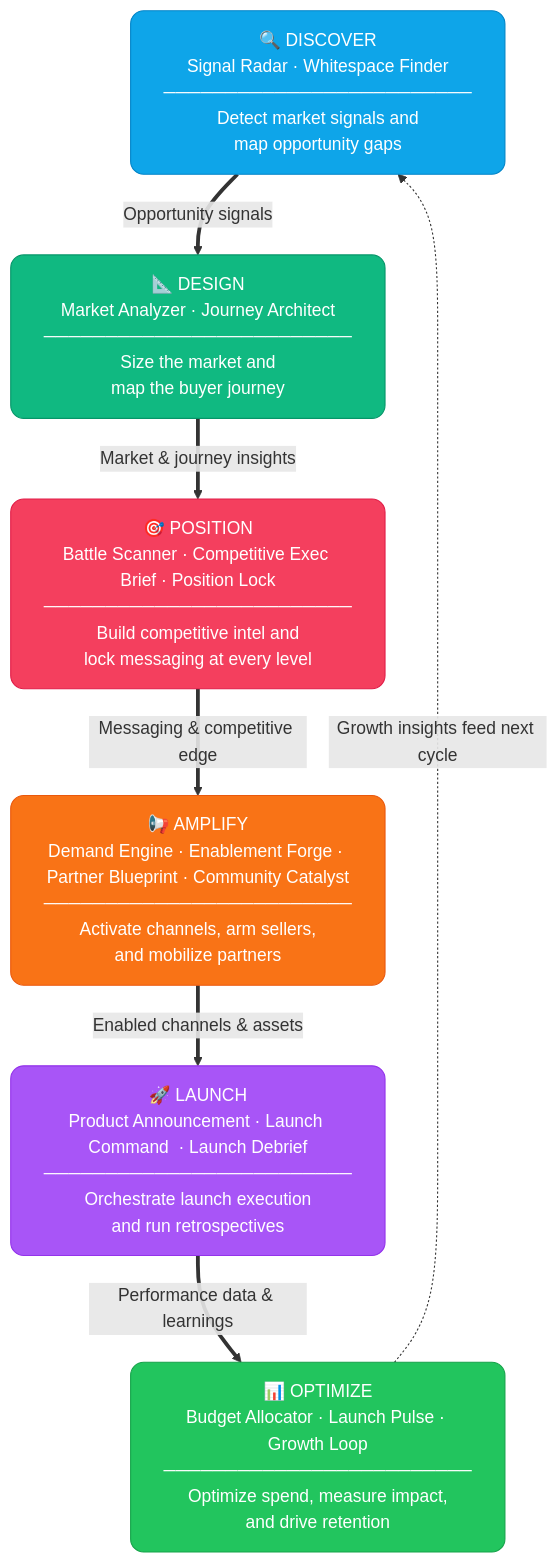
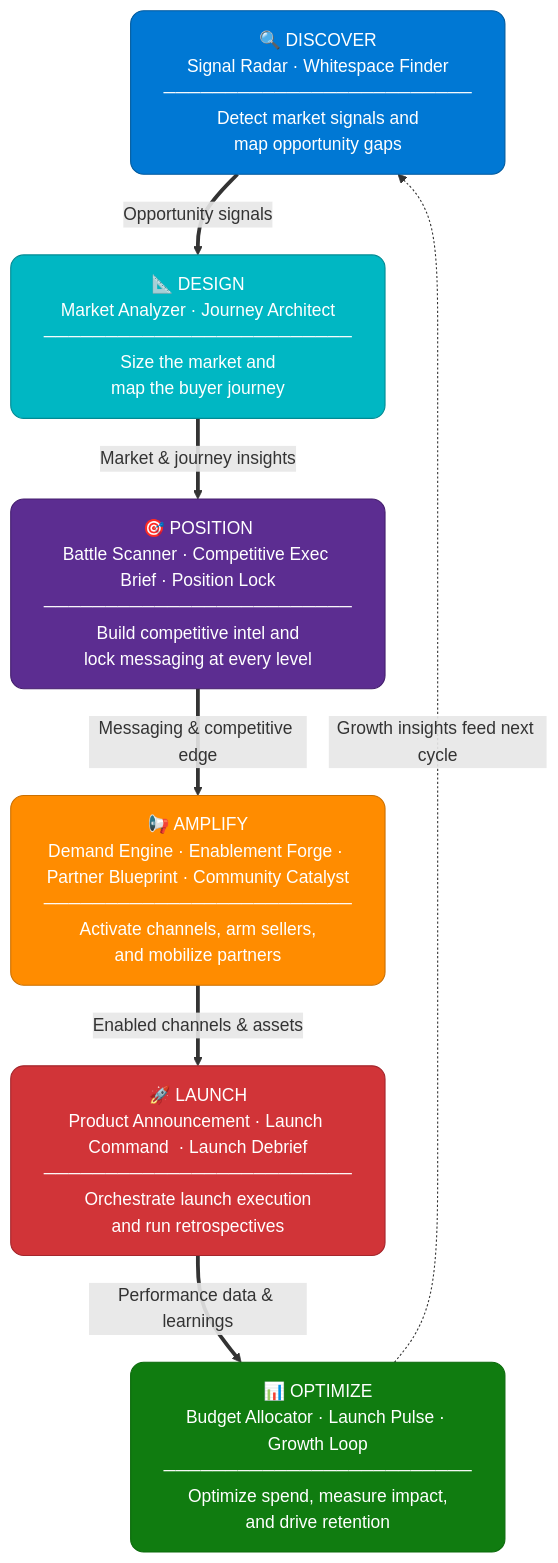
One commit to varunk130/ai-gtm-skill-library changed the first of 2 diagrams in README.md. Above: the diagram before and after it, drawn with Mermaid. The commit also changed other lines of this file, not shown here.

````diff
--- a/README.md
+++ b/README.md
@@ -95,28 +95,28 @@
 ```mermaid
 flowchart TD
     DISCOVER["🔍 DISCOVER\nSignal Radar · Whitespace Finder\n─────────────────────────\nDetect market signals and\nmap opportunity gaps"]
 
     DESIGN["📐 DESIGN\nMarket Analyzer · Journey Architect\n─────────────────────────\nSize the market and\nmap the buyer journey"]
 
     POSITION["🎯 POSITION\nBattle Scanner · Competitive Exec Brief · Position Lock\n─────────────────────────\nBuild competitive intel and\nlock messaging at every level"]
 
     AMPLIFY["📢 AMPLIFY\nDemand Engine · Enablement Forge · Partner Blueprint · Community Catalyst\n─────────────────────────\nActivate channels, arm sellers,\nand mobilize partners"]
 
     LAUNCH["🚀 LAUNCH\nProduct Announcement · Launch Command  · Launch Debrief\n─────────────────────────\nOrchestrate launch execution\nand run retrospectives"]
 
     OPTIMIZE["📊 OPTIMIZE\nBudget Allocator · Launch Pulse · Growth Loop\n─────────────────────────\nOptimize spend, measure impact,\nand drive retention"]
 
     DISCOVER ==>|"Opportunity signals"| DESIGN
     DESIGN ==>|"Market & journey insights"| POSITION
     POSITION ==>|"Messaging & competitive edge"| AMPLIFY
     AMPLIFY ==>|"Enabled channels & assets"| LAUNCH
     LAUNCH ==>|"Performance data & learnings"| OPTIMIZE
     OPTIMIZE -.->|"Growth insights feed next cycle"| DISCOVER
 
-    style DISCOVER fill:#0ea5e9,stroke:#0284c7,color:#fff,rx:12,ry:12
-    style DESIGN fill:#10b981,stroke:#059669,color:#fff,rx:12,ry:12
-    style POSITION fill:#f43f5e,stroke:#e11d48,color:#fff,rx:12,ry:12
-    style AMPLIFY fill:#f97316,stroke:#ea580c,color:#fff,rx:12,ry:12
-    style LAUNCH fill:#a855f7,stroke:#9333ea,color:#fff,rx:12,ry:12
-    style OPTIMIZE fill:#22c55e,stroke:#16a34a,color:#fff,rx:12,ry:12
+    style DISCOVER fill:#0078D4,stroke:#005A9E,color:#fff,rx:12,ry:12
+    style DESIGN fill:#00B7C3,stroke:#008B94,color:#fff,rx:12,ry:12
+    style POSITION fill:#5C2D91,stroke:#451F6E,color:#fff,rx:12,ry:12
+    style AMPLIFY fill:#FF8C00,stroke:#CC7000,color:#fff,rx:12,ry:12
+    style LAUNCH fill:#D13438,stroke:#A4262C,color:#fff,rx:12,ry:12
+    style OPTIMIZE fill:#107C10,stroke:#0B6A0B,color:#fff,rx:12,ry:12
 ```
````
